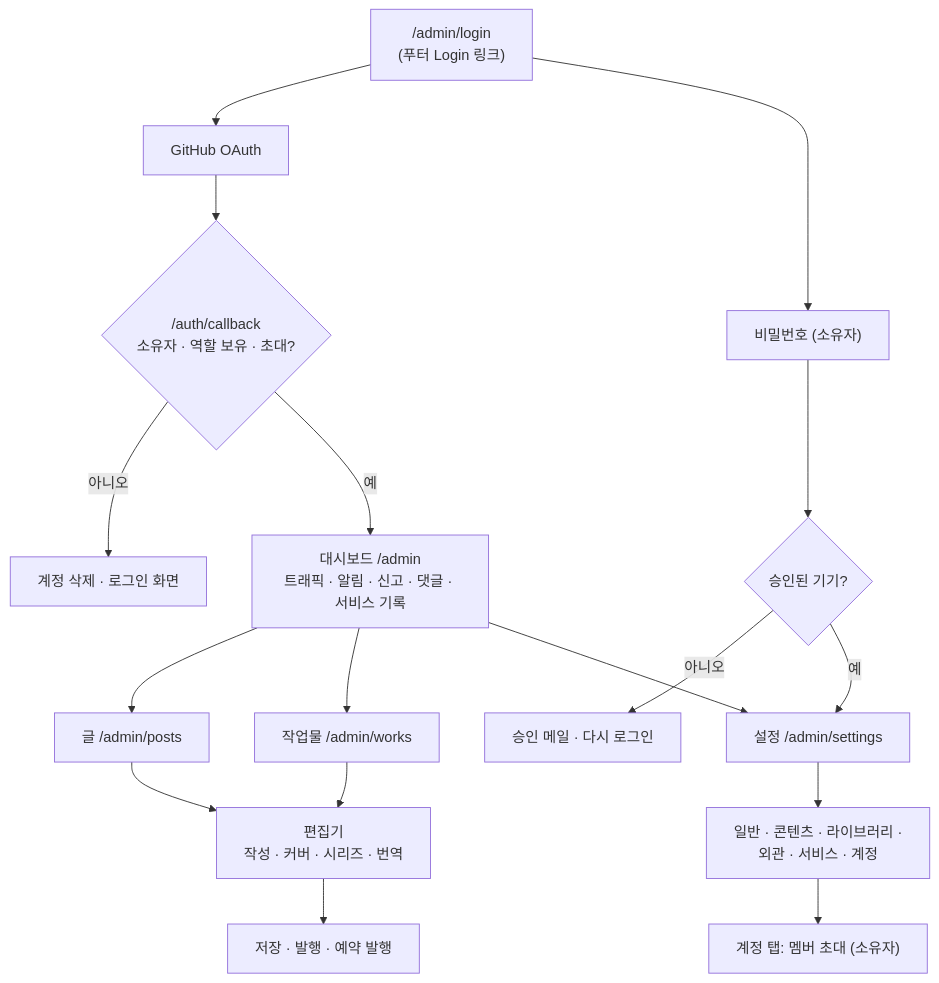
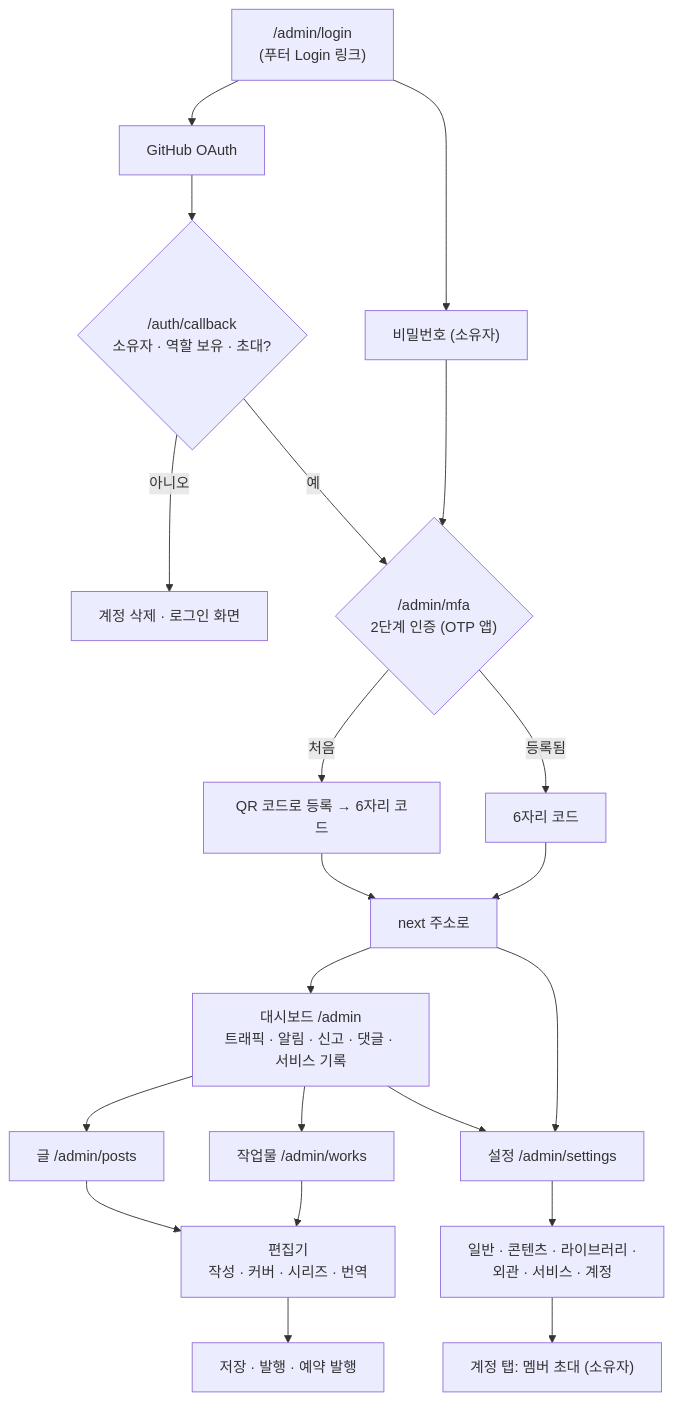
One commit to hyeoniverse/web-portfolio-hyeoniverse changed the second of 2 diagrams in docs/user-flow.md. Above: the diagram before and after it, drawn with Mermaid. The commit also changed other lines of this file and 18 other files, not shown here.

````diff
--- a/docs/user-flow.md
+++ b/docs/user-flow.md
@@ -31,20 +31,24 @@
 ```mermaid
 flowchart TD
   login["/admin/login<br/>(푸터 Login 링크)"] --> gh["GitHub OAuth"]
   login --> pw["비밀번호 (소유자)"]
   gh --> cb{"/auth/callback<br/>소유자 · 역할 보유 · 초대?"}
   cb -->|아니오| deny["계정 삭제 · 로그인 화면"]
-  cb -->|예| dash
-  pw --> dev{"승인된 기기?"}
-  dev -->|아니오| mail["승인 메일 · 다시 로그인"]
-  dev -->|예| settings
+  cb -->|예| mfa
+  pw --> mfa{"/admin/mfa<br/>2단계 인증 (OTP 앱)"}
+  mfa -->|"처음"| enroll["QR 코드로 등록 → 6자리 코드"]
+  mfa -->|"등록됨"| code["6자리 코드"]
+  enroll --> next["next 주소로"]
+  code --> next
+  next --> dash
+  next --> settings
   dash["대시보드 /admin<br/>트래픽 · 알림 · 신고 · 댓글 · 서비스 기록"]
   dash --> plist["글 /admin/posts"]
   dash --> wlist["작업물 /admin/works"]
   dash --> settings["설정 /admin/settings"]
   plist --> editor["편집기<br/>작성 · 커버 · 시리즈 · 번역"]
   wlist --> editor
   editor --> publish["저장 · 발행 · 예약 발행"]
   settings --> tabs["일반 · 콘텐츠 · 라이브러리 ·<br/>외관 · 서비스 · 계정"]
   tabs --> invite["계정 탭: 멤버 초대 (소유자)"]
 ```
````
